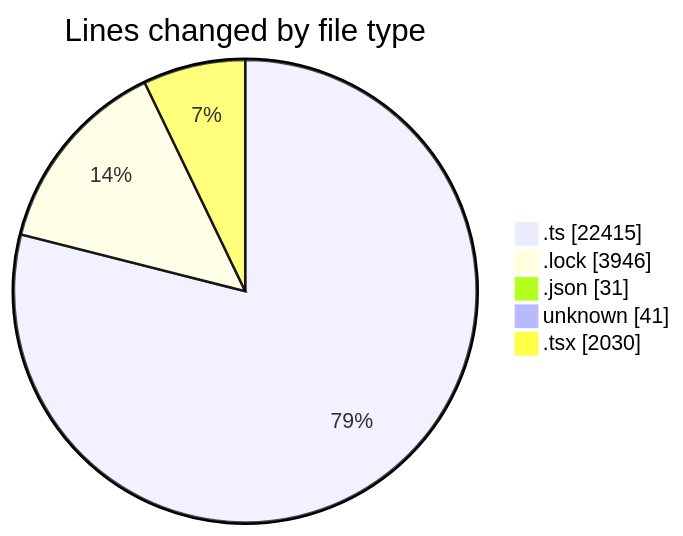
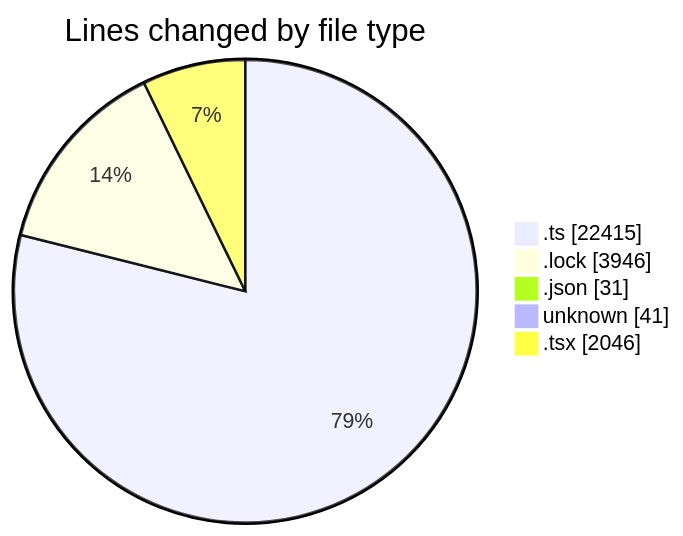
Before and after one commit to momahboobian/code-tracking: the first of 2 diagrams in 2025-08-19/cda/README.md, drawn with Mermaid. The commit also changed other lines of this file and 1 other file, not shown here.

````diff
--- a/2025-08-19/cda/README.md
+++ b/2025-08-19/cda/README.md
@@ -45,9 +45,9 @@
 ```mermaid
 pie showData
 title Lines changed by file type
 ".ts" : 22415
 ".lock" : 3946
 ".json" : 31
 "unknown" : 41
-".tsx" : 2030
+".tsx" : 2046
 ```
````
